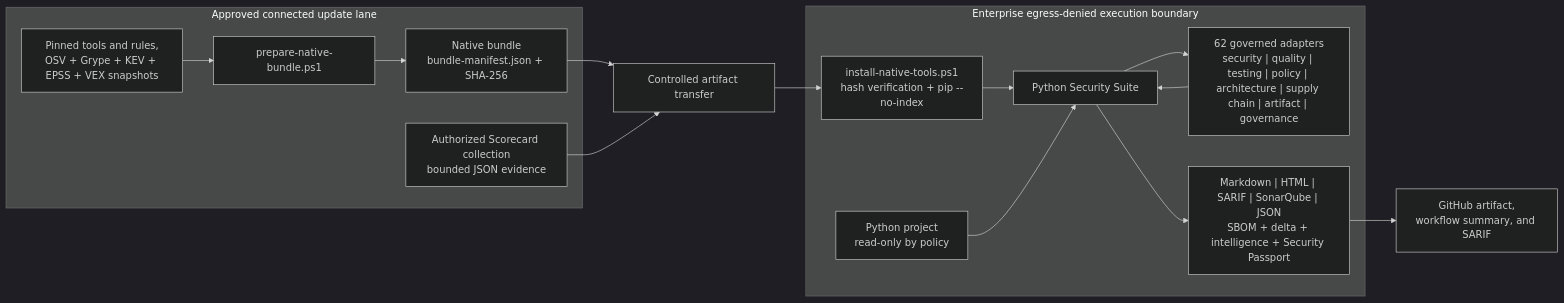
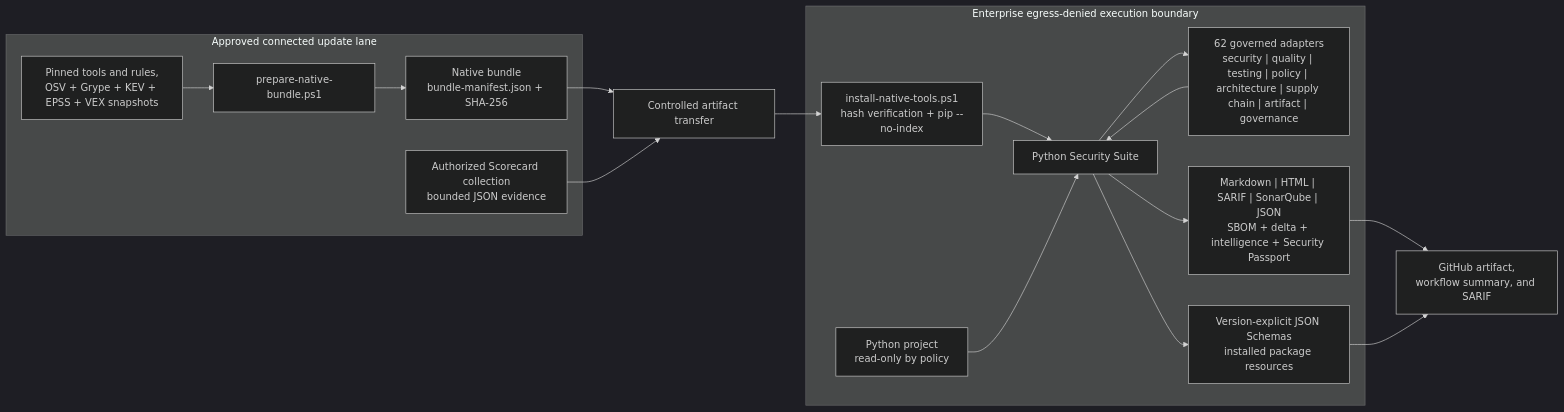
The first of 9 diagrams in docs/design.md (willtran87/project-py-security-suite), drawn with Mermaid (dark theme) before and after one commit. The commit also changed other lines of this file and 9 other files, not shown here.

Commit message:
Expose bundled schemas offline

````diff
--- a/docs/design.md
+++ b/docs/design.md
@@ -29,31 +29,34 @@
 ```mermaid
 flowchart LR
     subgraph Connected["Approved connected update lane"]
         Prep["prepare-native-bundle.ps1"]
         Sources["Pinned tools and rules,<br/>OSV + Grype + KEV + EPSS + VEX snapshots"]
         ScorecardCollect["Authorized Scorecard collection<br/>bounded JSON evidence"]
         Bundle["Native bundle<br/>bundle-manifest.json + SHA-256"]
         Sources --> Prep --> Bundle
     end
 
     Transfer["Controlled artifact transfer"]
 
     subgraph Boundary["Enterprise egress-denied execution boundary"]
         Install["install-native-tools.ps1<br/>hash verification + pip --no-index"]
         Project["Python project<br/>read-only by policy"]
         Suite["Python Security Suite"]
         Scanners["62 governed adapters<br/>security | quality | testing | policy | architecture | supply chain | artifact | governance"]
         Reports["Markdown | HTML | SARIF | SonarQube | JSON<br/>SBOM + delta + intelligence + Security Passport"]
+        Contracts["Version-explicit JSON Schemas<br/>installed package resources"]
         Install --> Suite
         Project --> Suite
         Suite --> Scanners
         Scanners --> Suite
         Suite --> Reports
+        Suite --> Contracts
     end
 
     GitHub["GitHub artifact,<br/>workflow summary, and SARIF"]
 
     Bundle --> Transfer --> Install
     ScorecardCollect --> Transfer
     Reports --> GitHub
+    Contracts --> GitHub
 ```
````
